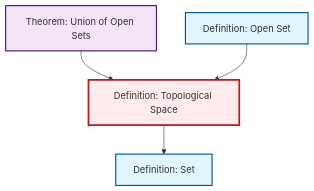
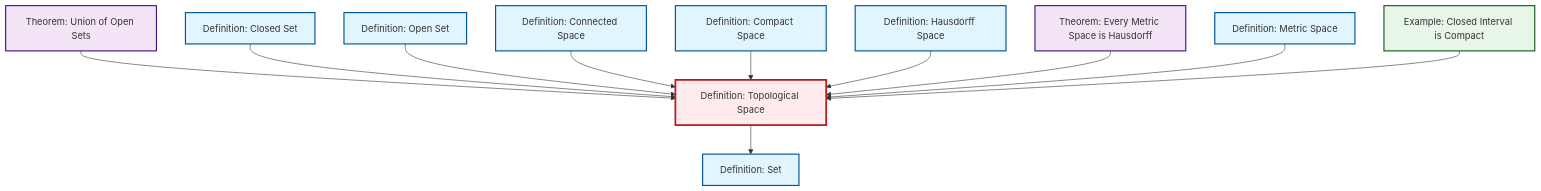
Before and after one commit to RK0429/ModernMath: the diagram in content/en/topology/def-topological-space.qmd, drawn with Mermaid. The commit also changed other lines of this file and 203 other files, not shown here.

````diff
--- a/content/en/topology/def-topological-space.qmd
+++ b/content/en/topology/def-topological-space.qmd
@@ -59,21 +59,31 @@
 ```{mermaid}
 %%| fig-cap: "Local dependency graph"
 graph TD
     classDef definition fill:#e1f5fe,stroke:#01579b,stroke-width:2px
     classDef theorem fill:#f3e5f5,stroke:#4a148c,stroke-width:2px
     classDef axiom fill:#fff3e0,stroke:#e65100,stroke-width:2px
     classDef example fill:#e8f5e9,stroke:#1b5e20,stroke-width:2px
     classDef current fill:#ffebee,stroke:#b71c1c,stroke-width:3px
+    def-topological-space["Definition: Topological Space"]:::definition
+    def-closed-set["Definition: Closed Set"]:::definition
+    def-open-set["Definition: Open Set"]:::definition
+    ex-closed-interval-compact["Example: Closed Interval is Compact"]:::example
     def-set["Definition: Set"]:::definition
-    def-open-set["Definition: Open Set"]:::definition
-    def-topological-space["Definition: Topological Space"]:::definition
+    thm-metric-hausdorff["Theorem: Every Metric Space is Hausdorff"]:::theorem
+    def-hausdorff["Definition: Hausdorff Space"]:::definition
     thm-union-open-sets["Theorem: Union of Open Sets"]:::theorem
+    def-connected["Definition: Connected Space"]:::definition
+    def-compact["Definition: Compact Space"]:::definition
+    def-metric-space["Definition: Metric Space"]:::definition
     thm-union-open-sets --> def-topological-space
+    def-closed-set --> def-topological-space
+    def-open-set --> def-topological-space
+    def-connected --> def-topological-space
+    def-compact --> def-topological-space
+    def-hausdorff --> def-topological-space
+    thm-metric-hausdorff --> def-topological-space
     def-topological-space --> def-set
-    def-open-set --> def-topological-space
+    def-metric-space --> def-topological-space
+    ex-closed-interval-compact --> def-topological-space
     class def-topological-space current
-
-    click def-set "def-set.html" "Go to Set definition"
-    click def-open-set "def-open-set.html" "Go to Open Set definition"
-    click thm-union-open-sets "thm-union-open-sets.html" "Go to Union of Open Sets theorem"
 ```
````
